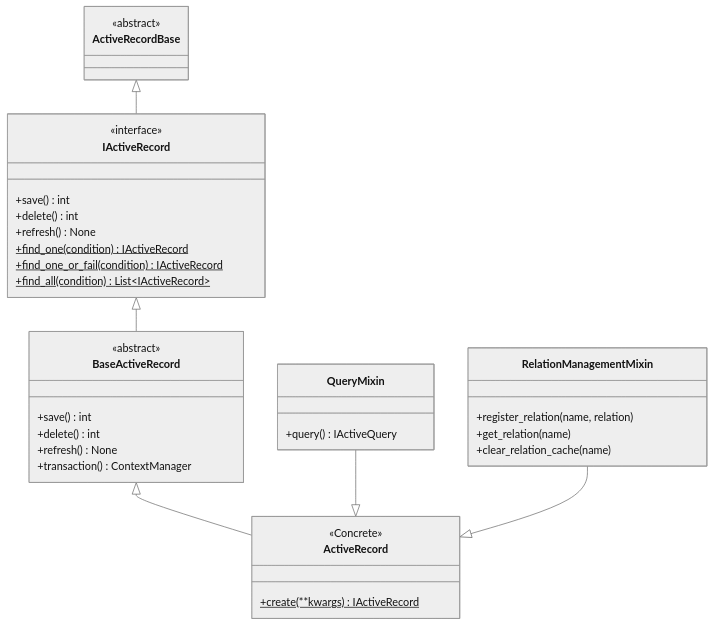
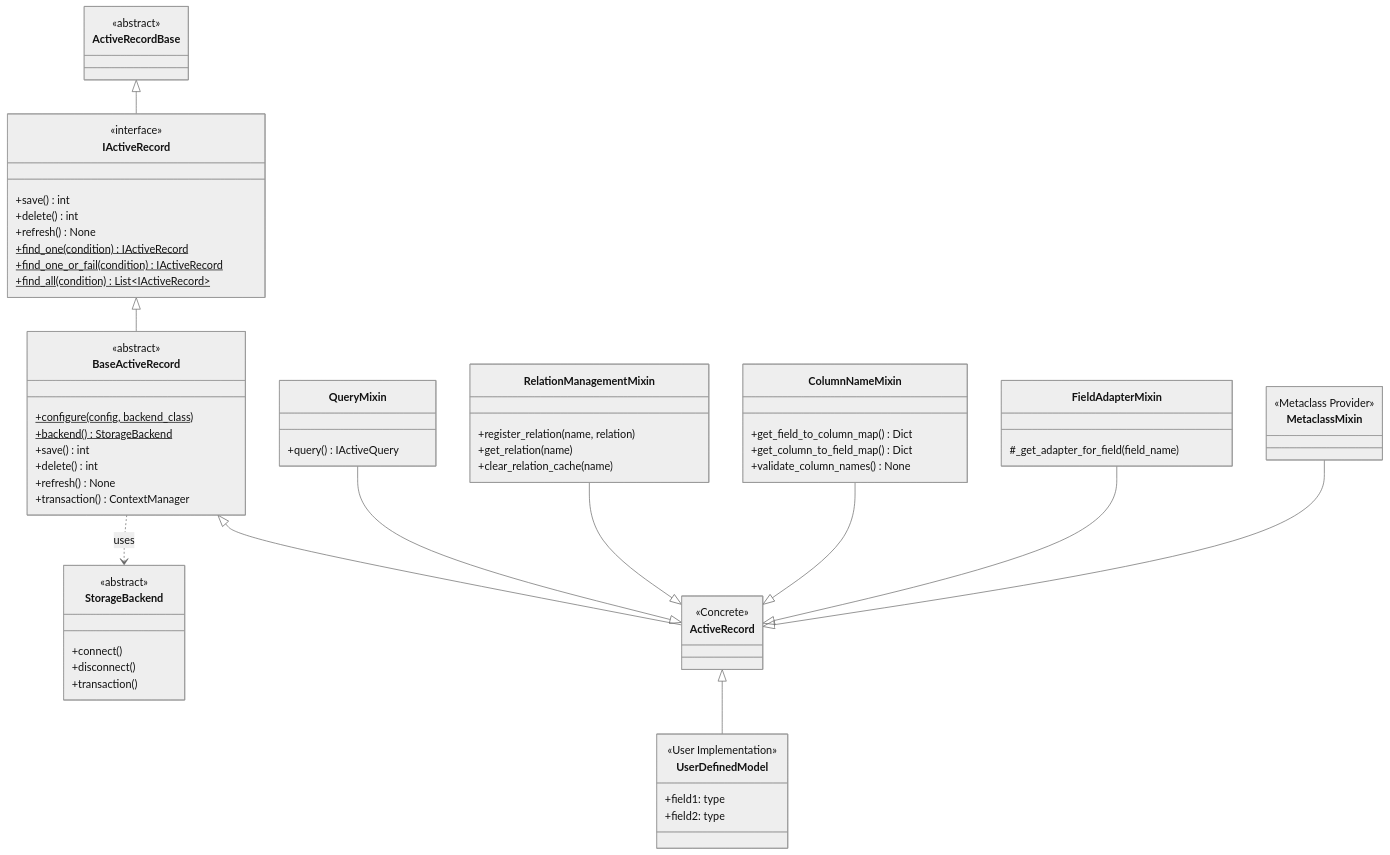
Before and after one commit to rhosocial/python-activerecord: the second of 6 diagrams in docs/zh_CN/introduction/architecture.md, drawn with Mermaid (neutral theme). The commit also changed other lines of this file and 295 other files, not shown here.

First line of the commit message:
docs: refine architecture documentation and reorganize structure

````diff
--- a/docs/zh_CN/introduction/architecture.md
+++ b/docs/zh_CN/introduction/architecture.md
@@ -40,49 +40,81 @@
 ```mermaid
 classDiagram
     %% Base Reference
     class ActiveRecordBase {
         <<abstract>>
     }
 
     %% Interface Layer
     class IActiveRecord {
         <<interface>>
         +save() int
         +delete() int
         +refresh() None
         +find_one(condition) IActiveRecord$
         +find_one_or_fail(condition) IActiveRecord$
         +find_all(condition) List~IActiveRecord~$
     }
     ActiveRecordBase <|-- IActiveRecord
 
     %% Base Implementation Layer
     class BaseActiveRecord {
         <<abstract>>
+        +configure(config, backend_class)$
+        +backend() StorageBackend$
         +save() int
         +delete() int
         +refresh() None
         +transaction() ContextManager
     }
     IActiveRecord <|-- BaseActiveRecord
+    BaseActiveRecord ..> StorageBackend : uses
 
     %% Mixins
     class QueryMixin {
         +query() IActiveQuery
     }
     class RelationManagementMixin {
         +register_relation(name, relation)
         +get_relation(name)
         +clear_relation_cache(name)
     }
+    class ColumnNameMixin {
+        +get_field_to_column_map() Dict
+        +get_column_to_field_map() Dict
+        +validate_column_names() None
+    }
+    class FieldAdapterMixin {
+        #_get_adapter_for_field(field_name)
+    }
+    class MetaclassMixin {
+        <<Metaclass Provider>>
+    }
 
     %% User-Facing Class
     class ActiveRecord {
         <<Concrete>>
-        +create(**kwargs) IActiveRecord$
     }
 
     BaseActiveRecord <|-- ActiveRecord
     QueryMixin --|> ActiveRecord
     RelationManagementMixin --|> ActiveRecord
+    ColumnNameMixin --|> ActiveRecord
+    FieldAdapterMixin --|> ActiveRecord
+    MetaclassMixin --|> ActiveRecord
+
+    %% User Defined Model
+    class UserDefinedModel {
+        <<User Implementation>>
+        +field1: type
+        +field2: type
+    }
+    ActiveRecord <|-- UserDefinedModel
+
+    %% Backend Dependency
+    class StorageBackend {
+        <<abstract>>
+        +connect()
+        +disconnect()
+        +transaction()
+    }
 ```
````
